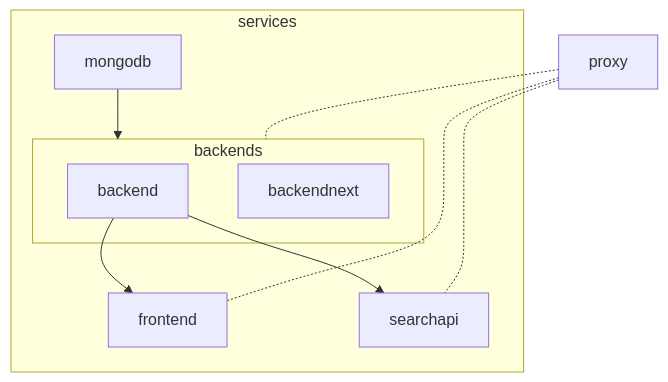
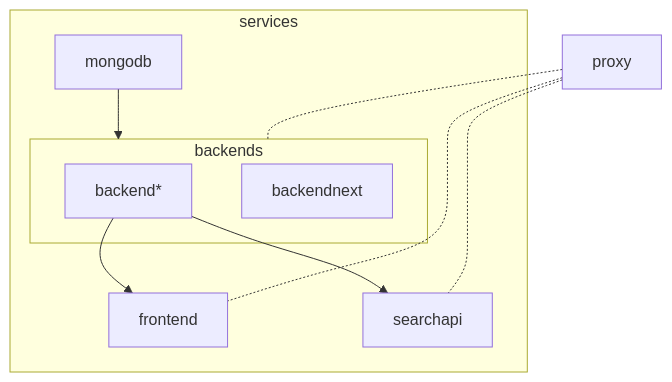
The diagram in README.md (SciCatProject/scicatlive), drawn with Mermaid before and after one commit.

Commit message:
Add star to mermaid

````diff
--- a/README.md
+++ b/README.md
@@ -38,17 +38,17 @@
 ```mermaid
 graph TD
    subgraph services
       subgraph backends
-         backend
+         backend[backend*]
          backendnext
       end
 
       mongodb --> backends
       backend --> frontend
       backend --> searchapi
    end
 
    proxy -.- backends
    proxy -.- frontend
    proxy -.- searchapi
 ```
````
